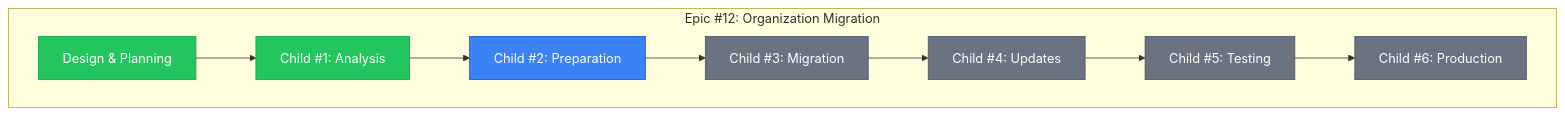
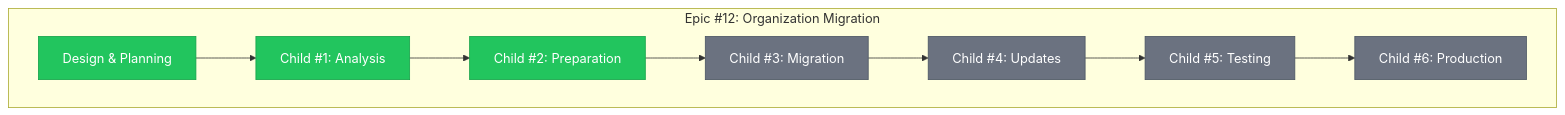
The first of 2 diagrams in docs/proposals/epic-12-organization-migration/progress.md (info-tech-io/info-tech-io.github.io), drawn with Mermaid before and after one commit. The commit also changed other lines of this file and 3 other files, not shown here.

````diff
--- a/docs/proposals/epic-12-organization-migration/progress.md
+++ b/docs/proposals/epic-12-organization-migration/progress.md
@@ -12,20 +12,20 @@
 ```mermaid
 graph TD
     subgraph "Epic #12: Organization Migration"
         A[Design & Planning] --> B[Child #1: Analysis]
         B --> C[Child #2: Preparation]
         C --> D[Child #3: Migration]
         D --> E[Child #4: Updates]
         E --> F[Child #5: Testing]
         F --> G[Child #6: Production]
     end
 
     classDef completed fill:#22c55e,stroke:#16a34a,color:#fff
     classDef inProgress fill:#3b82f6,stroke:#1d4ed8,color:#fff
     classDef pending fill:#6b7280,stroke:#4b5563,color:#fff
     classDef blocked fill:#ef4444,stroke:#dc2626,color:#fff
 
-    class A,B completed
-    class C inProgress
-    class D,E,F,G pending
+    class A,B,C completed
+    class D pending
+    class E,F,G pending
 ```
````
